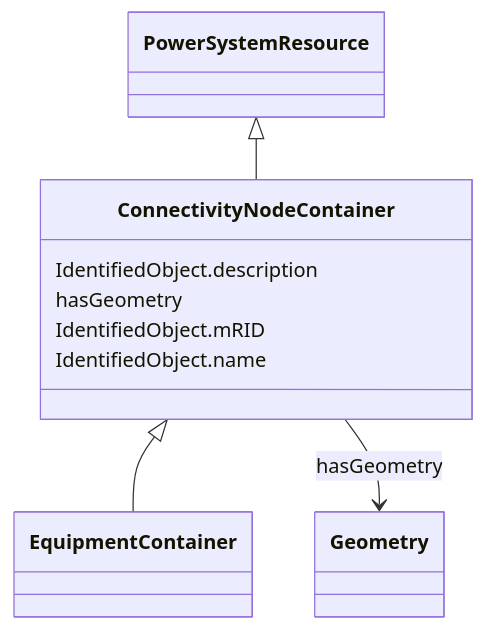
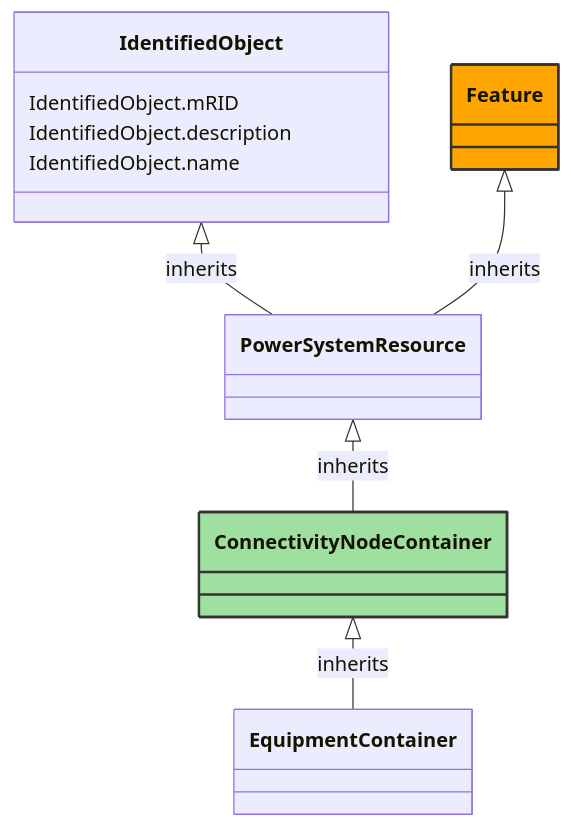
One commit to 3lbits/NoCIMExtensions changed the diagram in docs/WattApp/ConnectivityNodeContainer.md. Above: the diagram before and after it, drawn with Mermaid. The commit also changed other lines of this file and 60 other files, not shown here.

````diff
--- a/docs/WattApp/ConnectivityNodeContainer.md
+++ b/docs/WattApp/ConnectivityNodeContainer.md
@@ -18,25 +10,32 @@
 ```mermaid
- classDiagram
+classDiagram
     class ConnectivityNodeContainer
     click ConnectivityNodeContainer href "../ConnectivityNodeContainer"
-      PowerSystemResource <|-- ConnectivityNodeContainer
-        click PowerSystemResource href "../PowerSystemResource"
-      
+    style ConnectivityNodeContainer fill:#9fdf9f,stroke:#333,stroke-width:2px,rx:10,ry:10
 
-      ConnectivityNodeContainer <|-- EquipmentContainer
-        click EquipmentContainer href "../EquipmentContainer"
-      
-      
-      ConnectivityNodeContainer : IdentifiedObject.description
-        
-      ConnectivityNodeContainer : hasGeometry
-        
-          ConnectivityNodeContainer --> Geometry : hasGeometry
-          click Geometry href "../Geometry"
-        
-      ConnectivityNodeContainer : IdentifiedObject.mRID
-        
-      ConnectivityNodeContainer : IdentifiedObject.name
-        
-      
+        ConnectivityNodeContainer <|-- EquipmentContainer : inherits
+            click ConnectivityNodeContainer href "../ConnectivityNodeContainer"
+            style ConnectivityNodeContainer rx:10,ry:10
+
+        EquipmentContainer
+            click EquipmentContainer href "../EquipmentContainer"
+            style EquipmentContainer rx:10,ry:10
+
+        PowerSystemResource <|-- ConnectivityNodeContainer : inherits
+            click PowerSystemResource href "../PowerSystemResource"
+            style PowerSystemResource rx:10,ry:10
+
+        IdentifiedObject <|-- PowerSystemResource : inherits
+            click IdentifiedObject href "../IdentifiedObject"
+            style IdentifiedObject rx:10,ry:10
+
+        Feature <|-- PowerSystemResource : inherits
+            click Feature href "../Feature"
+            style Feature fill:#FFA500,stroke:#333,stroke-width:2px,rx:10,ry:10
+
+
+
+        IdentifiedObject : IdentifiedObject.mRID
+        IdentifiedObject : IdentifiedObject.description
+        IdentifiedObject : IdentifiedObject.name
 ```
````
